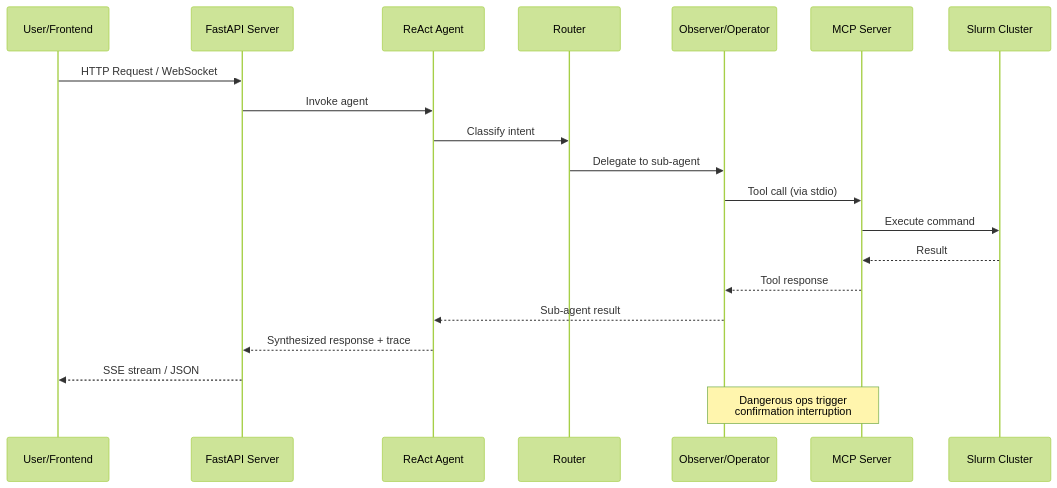
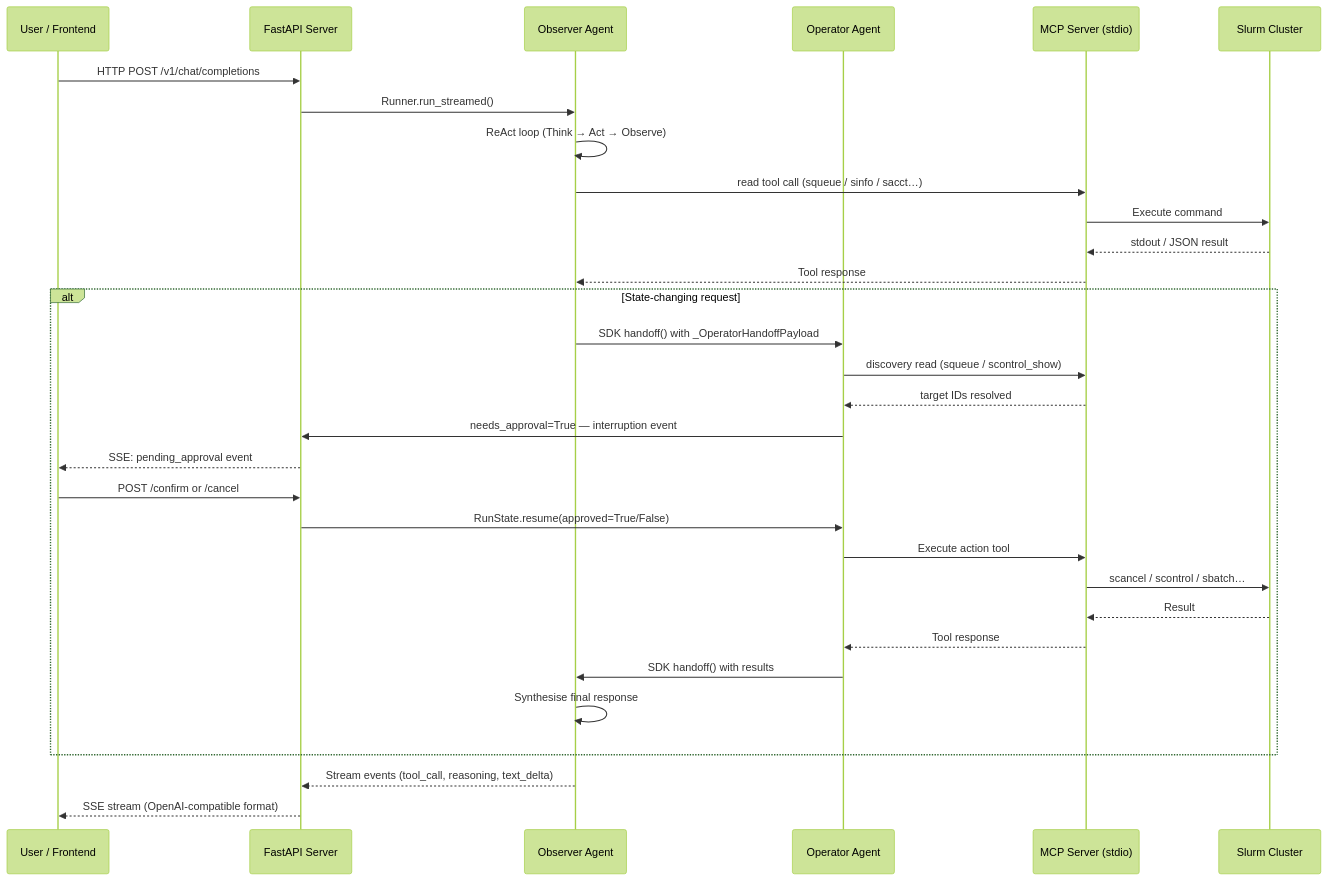
Before and after one commit to DanhNguyennene/capstone_project_final: the diagram in report/request_lifecycle_flow.mmd, drawn with Mermaid (forest theme). The commit also changed 5 other files, not shown here.

Commit message:
report: update ch4 diagrams + captions to match actual SDK handoff architecture

```diff
--- a/report/request_lifecycle_flow.mmd
+++ b/report/request_lifecycle_flow.mmd
@@ -1,22 +1,34 @@
 sequenceDiagram
-    participant U as User/Frontend
+    participant U as User / Frontend
     participant API as FastAPI Server
-    participant RA as ReAct Agent
-    participant R as Router
-    participant O as Observer/Operator
-    participant MCP as MCP Server
+    participant OBS as Observer Agent
+    participant OPR as Operator Agent
+    participant MCP as MCP Server (stdio)
     participant S as Slurm Cluster
 
-    U->>API: HTTP Request / WebSocket
-    API->>RA: Invoke agent
-    RA->>R: Classify intent
-    R->>O: Delegate to sub-agent
-    O->>MCP: Tool call (via stdio)
+    U->>API: HTTP POST /v1/chat/completions
+    API->>OBS: Runner.run_streamed()
+    OBS->>OBS: ReAct loop (Think → Act → Observe)
+    OBS->>MCP: read tool call (squeue / sinfo / sacct…)
     MCP->>S: Execute command
-    S-->>MCP: Result
-    MCP-->>O: Tool response
-    O-->>RA: Sub-agent result
-    RA-->>API: Synthesized response + trace
-    API-->>U: SSE stream / JSON
+    S-->>MCP: stdout / JSON result
+    MCP-->>OBS: Tool response
 
-    Note over O,MCP: Dangerous ops trigger<br/>confirmation interruption
+    alt State-changing request
+        OBS->>OPR: SDK handoff() with _OperatorHandoffPayload
+        OPR->>MCP: discovery read (squeue / scontrol_show)
+        MCP-->>OPR: target IDs resolved
+        OPR->>API: needs_approval=True — interruption event
+        API-->>U: SSE: pending_approval event
+        U->>API: POST /confirm or /cancel
+        API->>OPR: RunState.resume(approved=True/False)
+        OPR->>MCP: Execute action tool
+        MCP->>S: scancel / scontrol / sbatch…
+        S-->>MCP: Result
+        MCP-->>OPR: Tool response
+        OPR->>OBS: SDK handoff() with results
+        OBS->>OBS: Synthesise final response
+    end
+
+    OBS-->>API: Stream events (tool_call, reasoning, text_delta)
+    API-->>U: SSE stream (OpenAI-compatible format)
```
